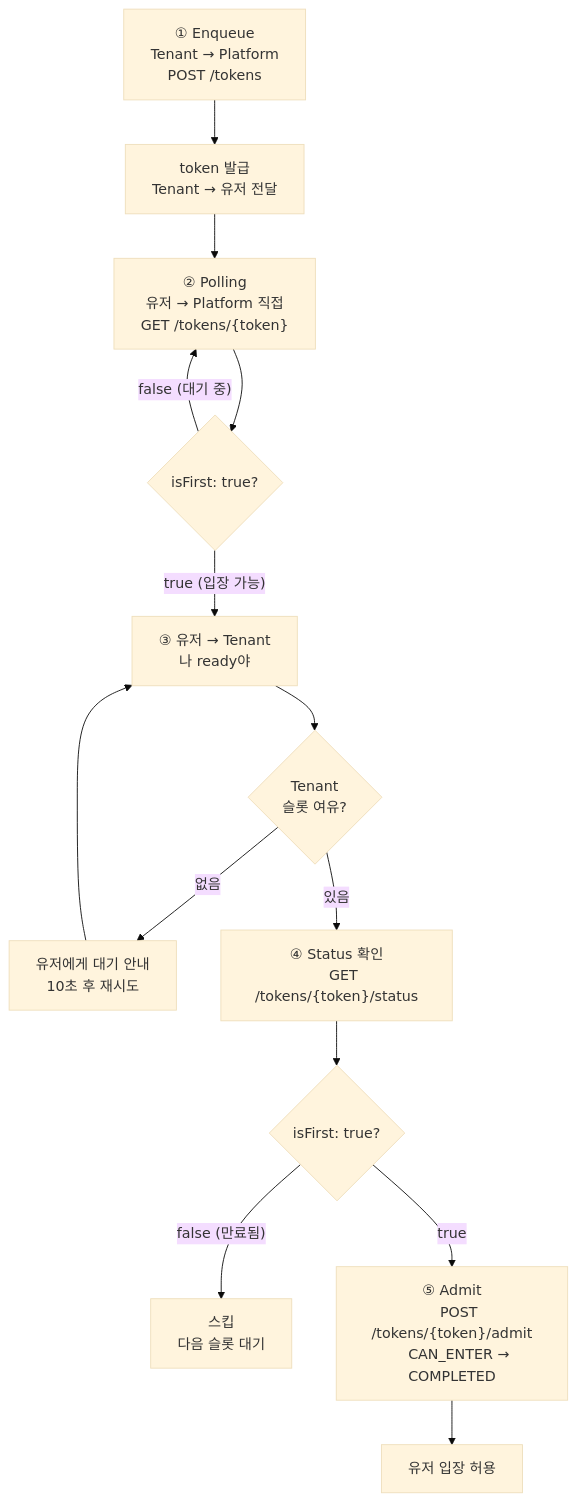
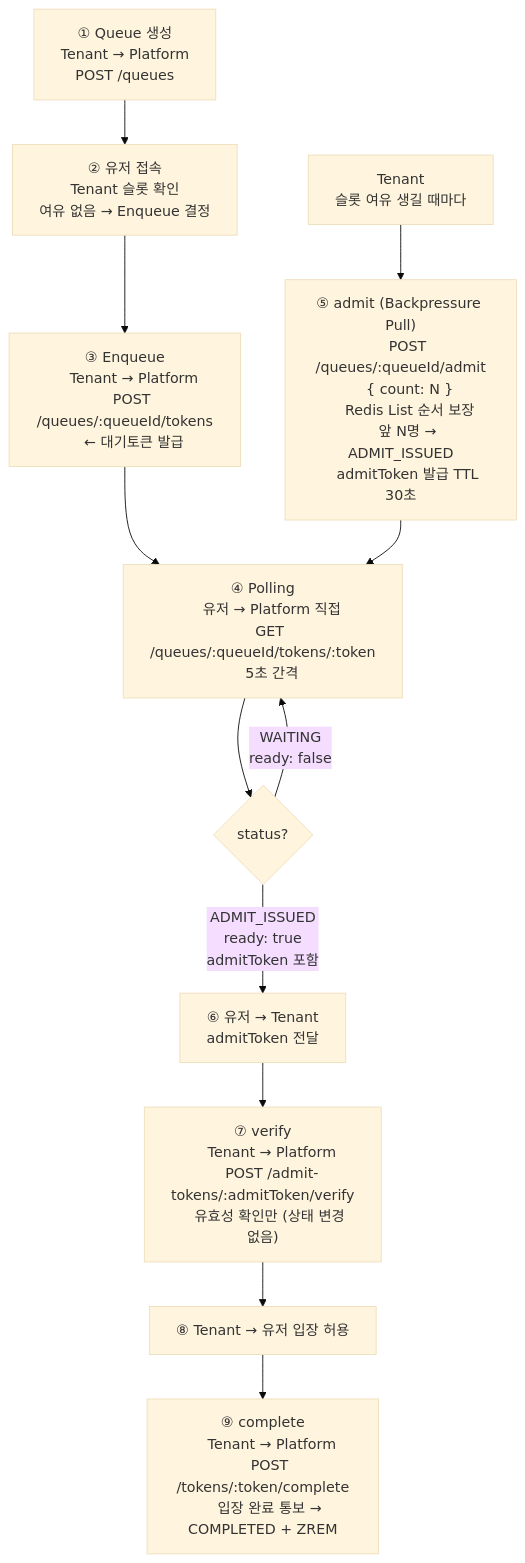
Before and after one commit to S-Onix/queue-platform: the fourth of 4 diagrams in README.md, drawn with Mermaid (base theme). The commit also changed other lines of this file and 4 other files, not shown here.

````diff
--- a/README.md
+++ b/README.md
@@ -168,28 +181,45 @@
 ```mermaid
 flowchart TD
-    A["① Enqueue
+    A["① Queue 생성
     Tenant → Platform
-    POST /tokens"] --> B["token 발급
-    Tenant → 유저 전달"]
-    B --> C["② Polling
+    POST /queues"]
+    --> B["② 유저 접속
+    Tenant 슬롯 확인
+    여유 없음 → Enqueue 결정"]
+    --> C["③ Enqueue
+    Tenant → Platform
+    POST /queues/:queueId/tokens
+    ← 대기토큰 발급"]
+    --> D["④ Polling
     유저 → Platform 직접
-    GET /tokens/{token}"]
-    C --> D{"isFirst: true?"}
-    D -- "false (대기 중)" --> C
-    D -- "true (입장 가능)" --> E["③ 유저 → Tenant
-    나 ready야"]
-    E --> F{"Tenant
-    슬롯 여유?"}
-    F -- "없음" --> G["유저에게 대기 안내
-    10초 후 재시도"]
-    G --> E
-    F -- "있음" --> H["④ Status 확인
-    GET /tokens/{token}/status"]
-    H --> I{"isFirst: true?"}
-    I -- "false (만료됨)" --> J["스킵
-    다음 슬롯 대기"]
-    I -- "true" --> K["⑤ Admit
-    POST /tokens/{token}/admit
-    CAN_ENTER → COMPLETED"]
-    K --> L["유저 입장 허용"]
+    GET /queues/:queueId/tokens/:token
+    5초 간격"]
+
+    D --> E{"status?"}
+    E -- "WAITING
+    ready: false" --> D
+    E -- "ADMIT_ISSUED
+    ready: true\nadmitToken 포함" --> F
+
+    F["⑥ 유저 → Tenant
+    admitToken 전달"]
+    --> G["⑦ verify
+    Tenant → Platform
+    POST /admit-tokens/:admitToken/verify
+    유효성 확인만 (상태 변경 없음)"]
+    --> H["⑧ Tenant → 유저 입장 허용"]
+    --> I["⑨ complete
+    Tenant → Platform
+    POST /tokens/:token/complete
+    입장 완료 통보 → COMPLETED + ZREM"]
+
+    J["Tenant
+    슬롯 여유 생길 때마다"]
+    --> K["⑤ admit (Backpressure Pull)
+    POST /queues/:queueId/admit
+    { count: N }
+    Redis List 순서 보장
+    앞 N명 → ADMIT_ISSUED
+    admitToken 발급 TTL 30초"]
+    --> D
 ```
````
